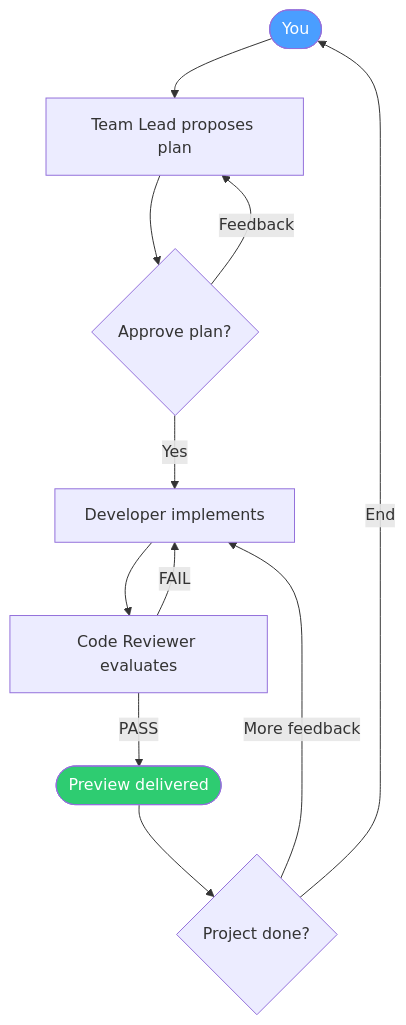
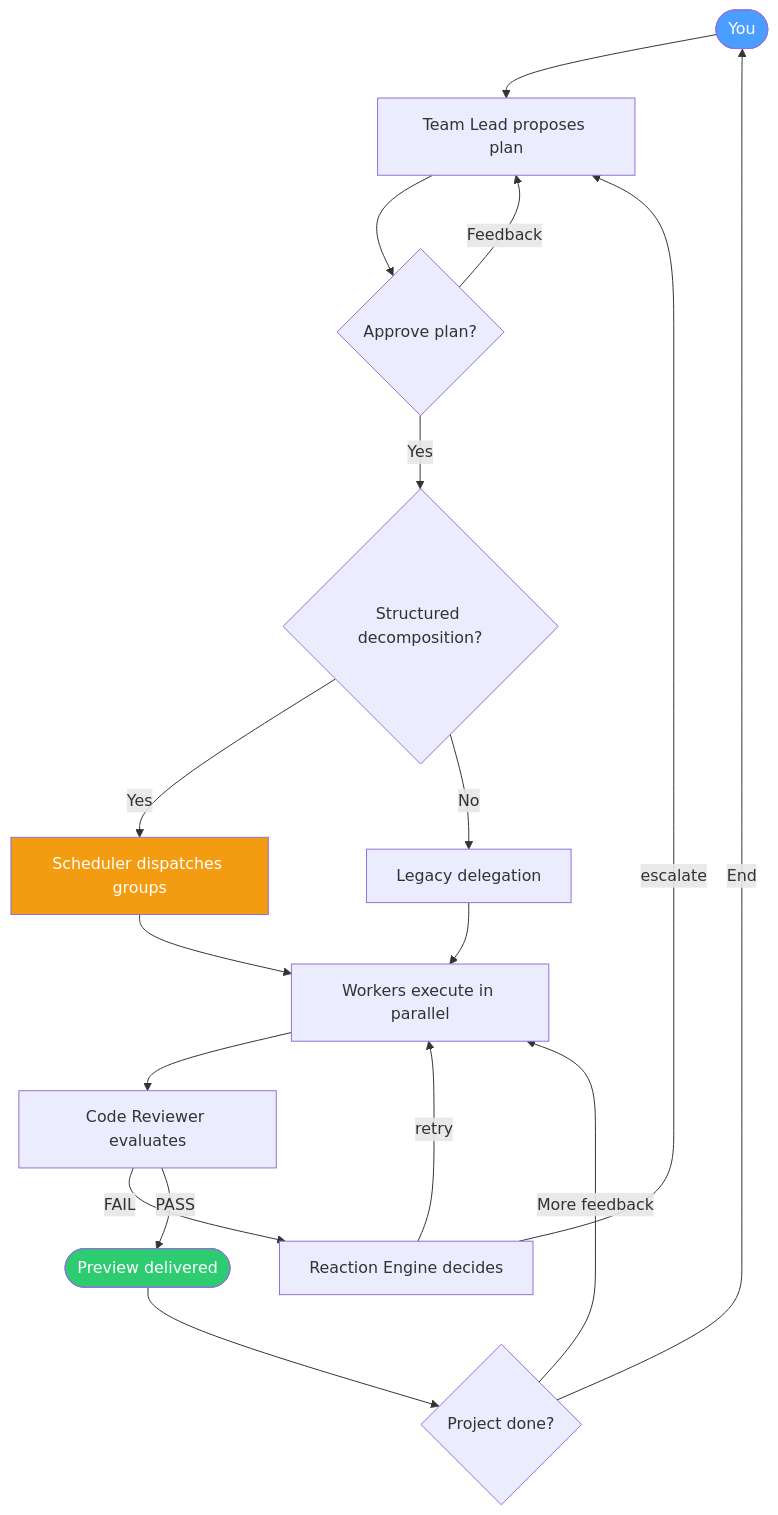
The diagram in team-workflow.md (longyangxi/bit-office), drawn with Mermaid before and after one commit. The commit also changed other lines of this file and 1 other file, not shown here.

First line of the commit message:
docs: update team-workflow.md and orchestrator README for plugin architecture

````diff
--- a/team-workflow.md
+++ b/team-workflow.md
@@ -7,16 +7,23 @@
 ```mermaid
 flowchart TD
     A([You]) --> B[Team Lead proposes plan]
     B --> C{Approve plan?}
     C -- Feedback --> B
-    C -- Yes --> D[Developer implements]
-    D --> E[Code Reviewer evaluates]
-    E -- FAIL --> D
-    E -- PASS --> F([Preview delivered])
-    F --> G{Project done?}
-    G -- More feedback --> D
-    G -- End --> A
+    C -- Yes --> D{Structured decomposition?}
+    D -- Yes --> E[Scheduler dispatches groups]
+    D -- No --> F[Legacy delegation]
+    E --> G[Workers execute in parallel]
+    F --> G
+    G --> H[Code Reviewer evaluates]
+    H -- FAIL --> I[Reaction Engine decides]
+    I -- retry --> G
+    I -- escalate --> B
+    H -- PASS --> J([Preview delivered])
+    J --> K{Project done?}
+    K -- More feedback --> G
+    K -- End --> A
 
     style A fill:#4a9eff,color:#fff
-    style F fill:#2ecc71,color:#fff
+    style J fill:#2ecc71,color:#fff
+    style E fill:#f39c12,color:#fff
 ```
````
